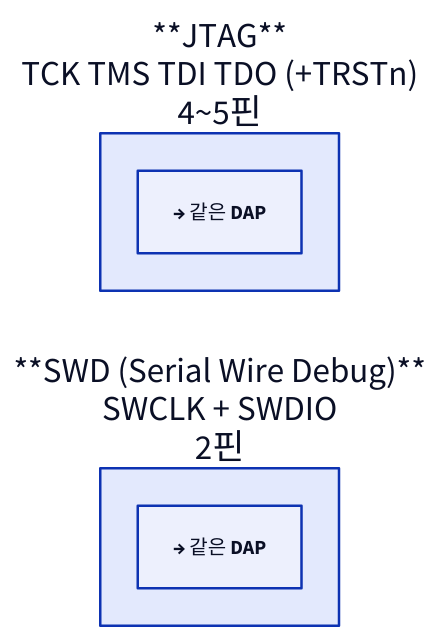
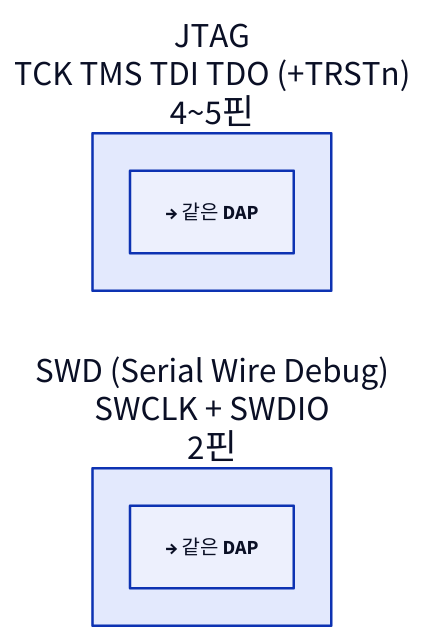
The fifth of 5 diagrams in starlight_site/src/content/docs/dfd/02_jtag_boundary_scan.md (humbleowl39/DV_SKOOL), drawn with D2 before and after one commit. The commit also changed other lines of this file and 714 other files, not shown here.

First line of the commit message:
fix(site): d2 다이어그램 가독성 결함 6종 일괄 수정

````diff
--- a/starlight_site/src/content/docs/dfd/02_jtag_boundary_scan.md
+++ b/starlight_site/src/content/docs/dfd/02_jtag_boundary_scan.md
@@ -204,9 +204,9 @@
 ```d2
 direction: right
-JTAG: "**JTAG**\nTCK TMS TDI TDO (+TRSTn)\n4~5핀" {
+JTAG: "JTAG\nTCK TMS TDI TDO (+TRSTn)\n4~5핀" {
   DAP_J: "→ 같은 DAP"
 }
-SWD: "**SWD (Serial Wire Debug)**\nSWCLK + SWDIO\n2핀" {
+SWD: "SWD (Serial Wire Debug)\nSWCLK + SWDIO\n2핀" {
   DAP_S: "→ 같은 DAP"
 }
 ```
````
